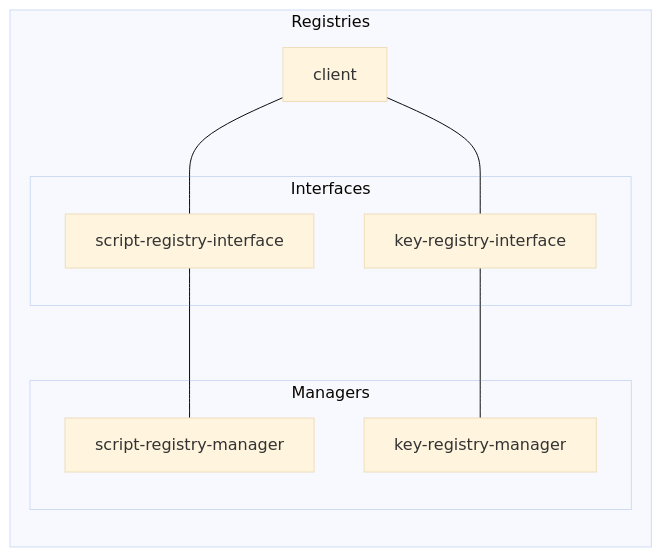
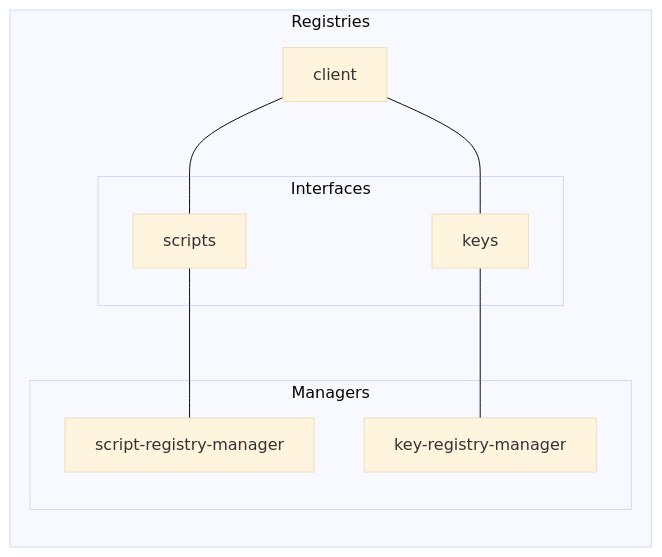
The fourth of 4 diagrams in src/2019/09/cluster-platform-new-architecture-diagram-overview.md (pojntfx/notes), drawn with Mermaid (base theme) before and after one commit. The commit also changed other lines of this file, not shown here.

Commit message:
refactor(notes): Add endpoints as interface names

````diff
--- a/src/2019/09/cluster-platform-new-architecture-diagram-overview.md
+++ b/src/2019/09/cluster-platform-new-architecture-diagram-overview.md
@@ -151,22 +161,22 @@
 ```mermaid
 graph LR
     subgraph Registries
         client
 
         subgraph Interfaces
-            script-registry-interface
-            key-registry-interface
+            script-registry-interface[scripts]
+            key-registry-interface[keys]
         end
 
         subgraph Managers
             script-registry-manager
             key-registry-manager
         end
 
         client --- script-registry-interface
         client --- key-registry-interface
 
         script-registry-interface --- script-registry-manager
         key-registry-interface --- key-registry-manager
     end
 ```
````
